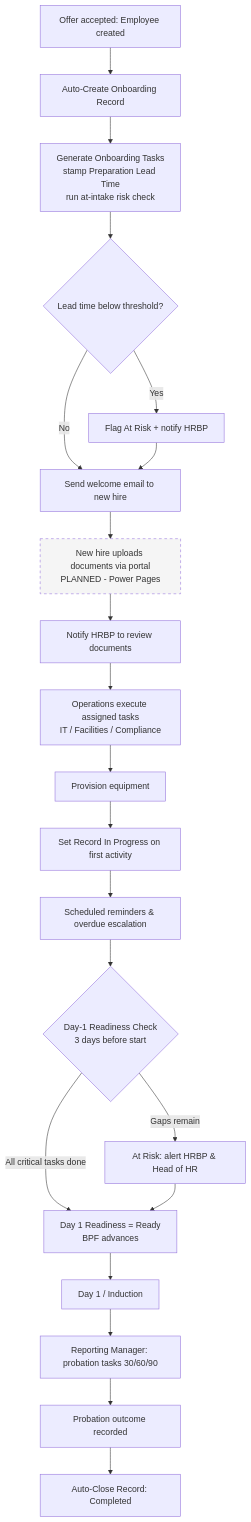
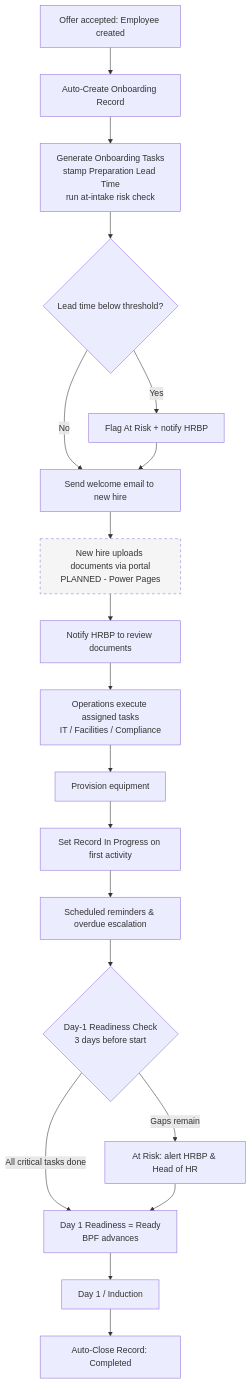
One commit to martosah/Employee-Onboarding-Tracker-Contoso changed the diagram in 09-Process-Flow-Diagram/README.md. Above: the diagram before and after it, drawn with Mermaid.

````diff
--- a/09-Process-Flow-Diagram/README.md
+++ b/09-Process-Flow-Diagram/README.md
@@ -6,25 +6,23 @@
 ```mermaid
 flowchart TD
     A[Offer accepted: Employee created] --> B[Auto-Create Onboarding Record]
     B --> C[Generate Onboarding Tasks<br/>stamp Preparation Lead Time<br/>run at-intake risk check]
     C --> D{Lead time below threshold?}
     D -- Yes --> E[Flag At Risk + notify HRBP]
     D -- No --> F[Send welcome email to new hire]
     E --> F
     F --> G[New hire uploads documents via portal<br/>PLANNED - Power Pages]:::planned
     G --> H[Notify HRBP to review documents]
     H --> I[Operations execute assigned tasks<br/>IT / Facilities / Compliance]
     I --> J[Provision equipment]
     J --> K[Set Record In Progress on first activity]
     K --> L[Scheduled reminders & overdue escalation]
     L --> M{Day-1 Readiness Check<br/>3 days before start}
     M -- All critical tasks done --> N[Day 1 Readiness = Ready<br/>BPF advances]
     M -- Gaps remain --> O[At Risk: alert HRBP & Head of HR]
     O --> N
     N --> P[Day 1 / Induction]
-    P --> Q[Reporting Manager: probation tasks 30/60/90]
-    Q --> R[Probation outcome recorded]
-    R --> S[Auto-Close Record: Completed]
+    P --> Q[Auto-Close Record: Completed]
 
     classDef planned stroke-dasharray: 5 5,fill:#f5f5f5,color:#333;
 ```
````
